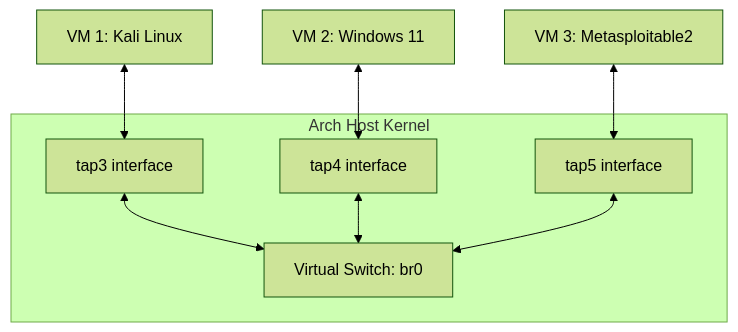
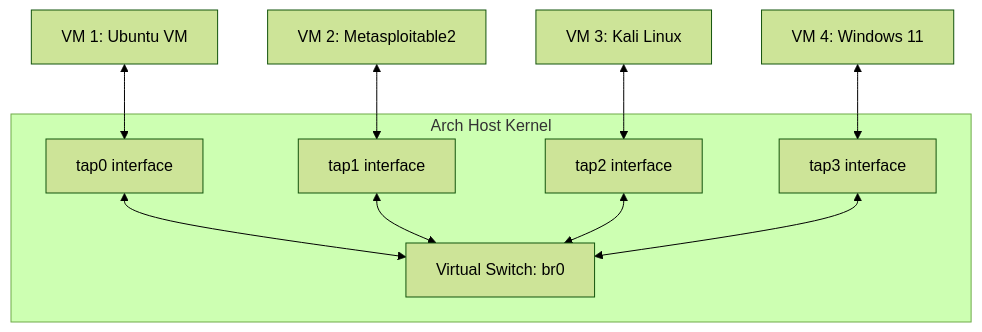
The diagram in docs/bridge.md (amitpadhan525/qemu-kvm-lab), drawn with Mermaid (forest theme) before and after one commit. The commit also changed other lines of this file and 6 other files, not shown here.

Commit message:
docs: rewrite ubuntu and kali guides, align config parameters, add license

````diff
--- a/docs/bridge.md
+++ b/docs/bridge.md
@@ -53,13 +53,15 @@
 ```mermaid
 flowchart TD
     subgraph Arch Host Kernel
         Bridge[Virtual Switch: br0]
+        Tap0[tap0 interface] <--> Bridge
+        Tap1[tap1 interface] <--> Bridge
+        Tap2[tap2 interface] <--> Bridge
         Tap3[tap3 interface] <--> Bridge
-        Tap4[tap4 interface] <--> Bridge
-        Tap5[tap5 interface] <--> Bridge
     end
 
-    Kali[VM 1: Kali Linux] <--> Tap3
-    Win11[VM 2: Windows 11] <--> Tap4
-    Meta2[VM 3: Metasploitable2] <--> Tap5
+    Ubuntu[VM 1: Ubuntu VM] <--> Tap0
+    Meta2[VM 2: Metasploitable2] <--> Tap1
+    Kali[VM 3: Kali Linux] <--> Tap2
+    Win11[VM 4: Windows 11] <--> Tap3
 ```
````
